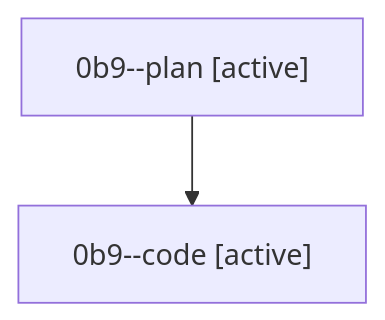
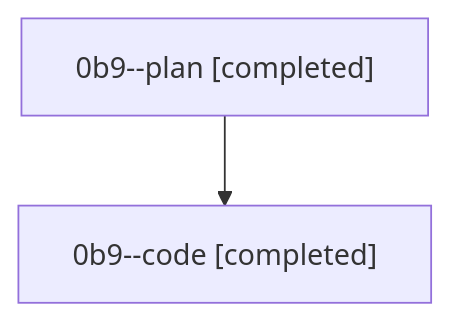
Before and after one commit to sase-org/sase--agents: the diagram in families/bbugyi200.athena.0b9.md, drawn with Mermaid. The commit also changed other lines of this file and 27 other files, not shown here.

````diff
--- a/families/bbugyi200.athena.0b9.md
+++ b/families/bbugyi200.athena.0b9.md
@@ -9,6 +9,6 @@
 ```mermaid
 flowchart TD
-  n0["0b9--plan [active]"]
-  n1["0b9--code [active]"]
+  n0["0b9--plan [completed]"]
+  n1["0b9--code [completed]"]
   n0 --> n1
 ```
````
